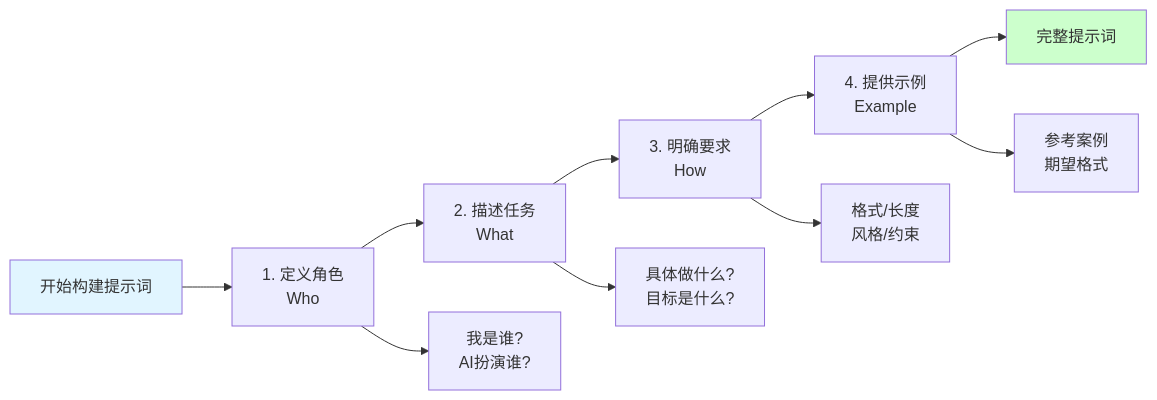
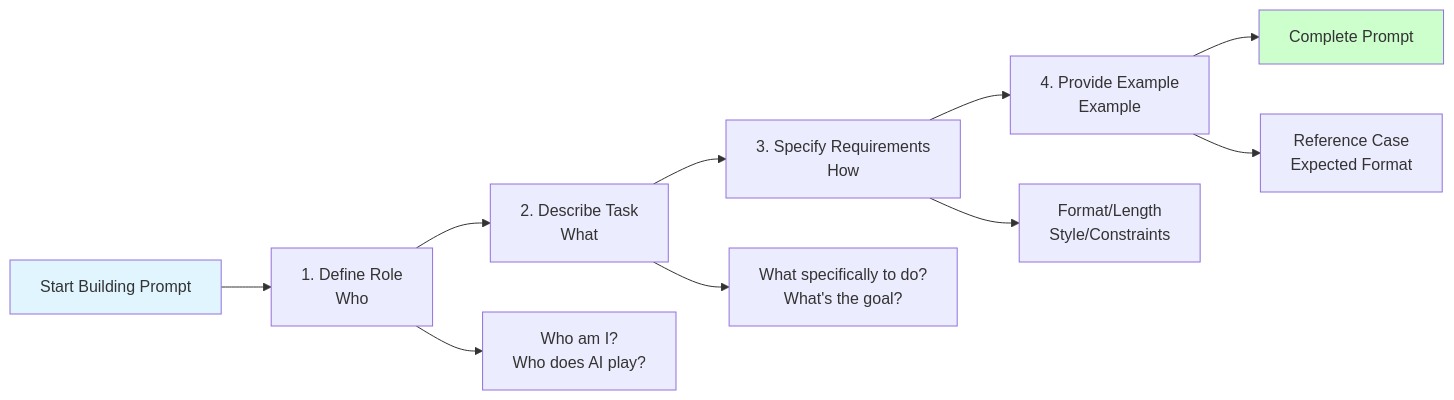
The first of 3 diagrams in docs/lessons/lesson-1.md (tianhongTina/ai-literacy-bootcamp), drawn with Mermaid before and after one commit. The commit also changed other lines of this file and 18 other files, not shown here.

````diff
--- a/docs/lessons/lesson-1.md
+++ b/docs/lessons/lesson-1.md
@@ -46,16 +46,16 @@
 ```mermaid
 graph LR
-    A[开始构建提示词] --> B[1. 定义角色<br/>Who]
-    B --> C[2. 描述任务<br/>What]
-    C --> D[3. 明确要求<br/>How]
-    D --> E[4. 提供示例<br/>Example]
-    E --> F[完整提示词]
+    A[Start Building Prompt] --> B[1. Define Role<br/>Who]
+    B --> C[2. Describe Task<br/>What]
+    C --> D[3. Specify Requirements<br/>How]
+    D --> E[4. Provide Example<br/>Example]
+    E --> F[Complete Prompt]
     
-    B --> B1[我是谁?<br/>AI扮演谁?]
-    C --> C1[具体做什么?<br/>目标是什么?]
-    D --> D1[格式/长度<br/>风格/约束]
-    E --> E1[参考案例<br/>期望格式]
+    B --> B1[Who am I?<br/>Who does AI play?]
+    C --> C1[What specifically to do?<br/>What's the goal?]
+    D --> D1[Format/Length<br/>Style/Constraints]
+    E --> E1[Reference Case<br/>Expected Format]
     
     style A fill:#e1f5ff
     style F fill:#ccffcc
 ```
````
